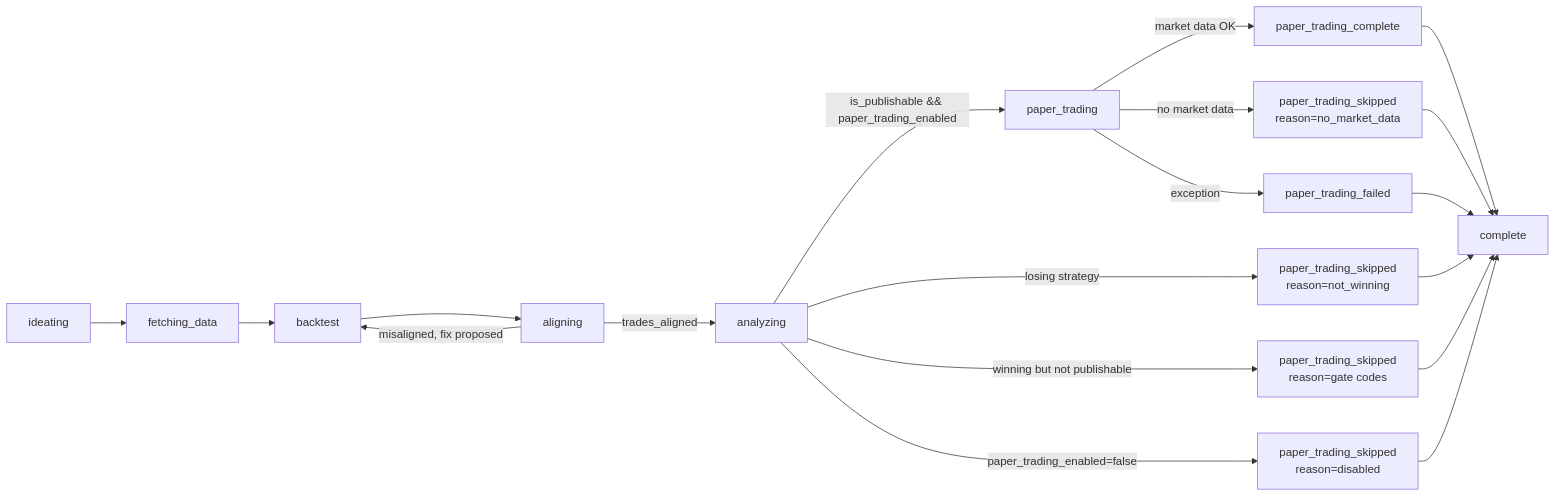
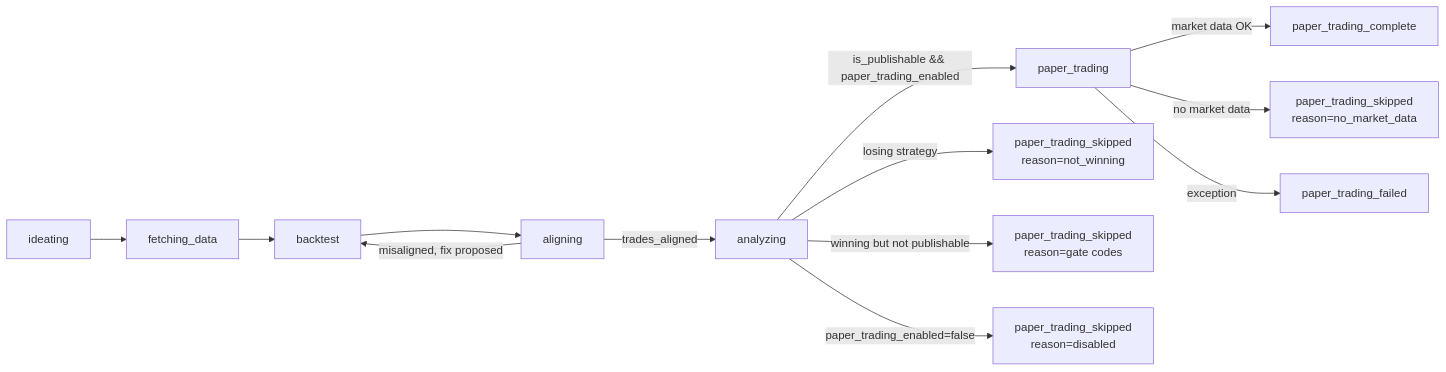
Before and after one commit to brandonkindred/Khala-Agentic-AI-Teams: the diagram in backend/agents/investment_team/system_design/strategy_lab_pipeline.md, drawn with Mermaid. The commit also changed other lines of this file and 20 other files, not shown here.

First line of the commit message:
docs(investment): sync Strategy Lab architecture docs with current pipeline (#7177)

````diff
--- a/backend/agents/investment_team/system_design/strategy_lab_pipeline.md
+++ b/backend/agents/investment_team/system_design/strategy_lab_pipeline.md
@@ -10,21 +10,15 @@
 ```mermaid
 flowchart LR
     A[ideating] --> B[fetching_data]
     B --> C[backtest]
     C --> AL[aligning]
     AL -->|trades_aligned| D[analyzing]
     AL -->|misaligned, fix proposed| C
     D -->|is_publishable && paper_trading_enabled| E[paper_trading]
     D -->|losing strategy| S1[paper_trading_skipped<br/>reason=not_winning]
     D -->|winning but not publishable| S4[paper_trading_skipped<br/>reason=gate codes]
     D -->|paper_trading_enabled=false| S2[paper_trading_skipped<br/>reason=disabled]
     E -->|market data OK| F[paper_trading_complete]
     E -->|no market data| S3[paper_trading_skipped<br/>reason=no_market_data]
     E -->|exception| X[paper_trading_failed]
-    F --> Z[complete]
-    S1 --> Z
-    S2 --> Z
-    S3 --> Z
-    S4 --> Z
-    X --> Z
 ```
````
